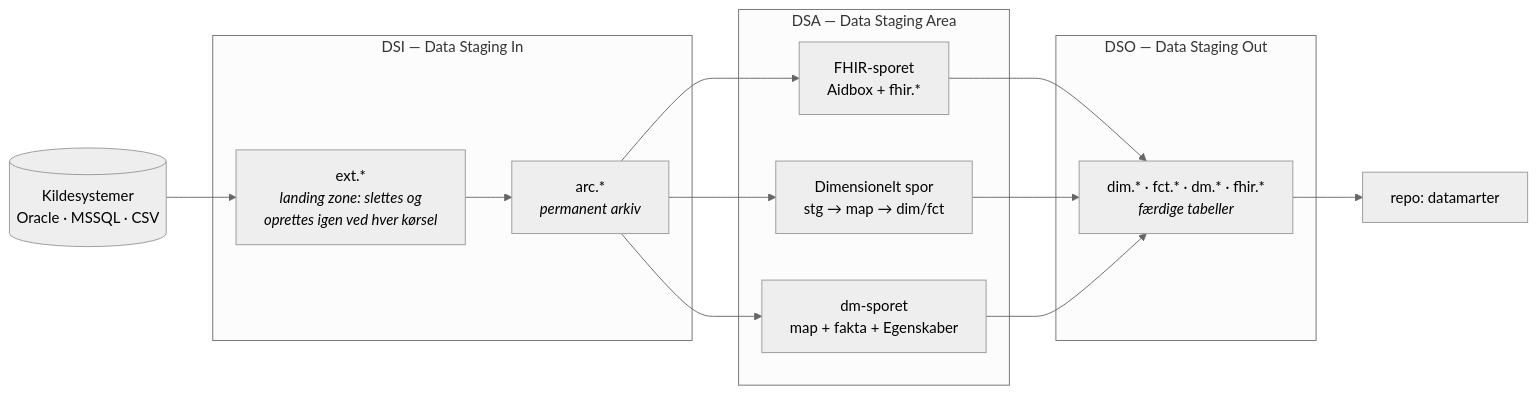
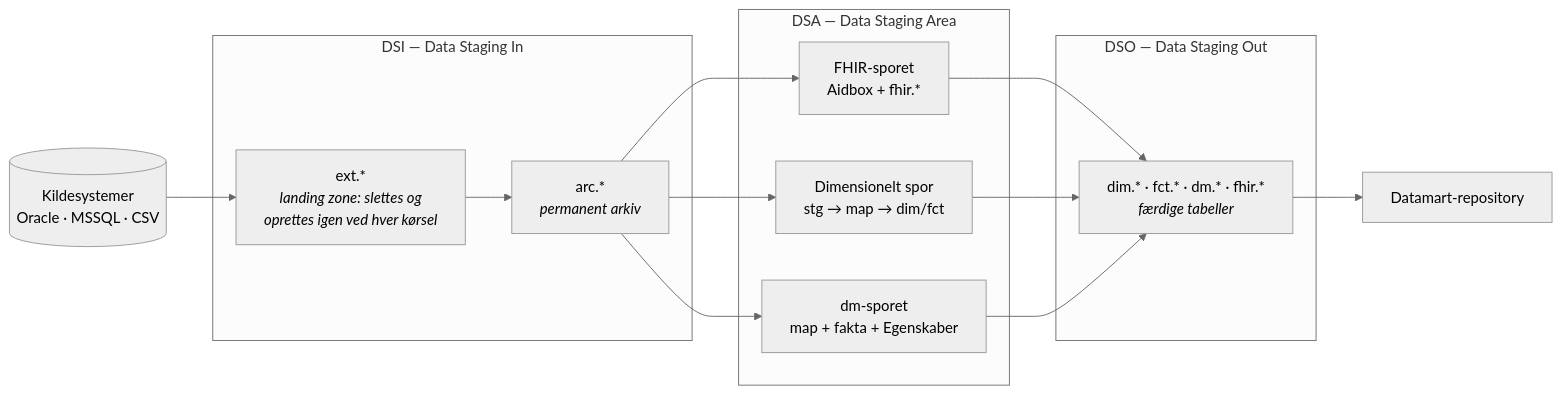
One commit to enversion-journl/healthpipe changed the diagram in etl/docs/basismodel/00_overblik.md. Above: the diagram before and after it, drawn with Mermaid (neutral theme). The commit also changed other lines of this file and 744 other files, not shown here.

````diff
--- a/etl/docs/basismodel/00_overblik.md
+++ b/etl/docs/basismodel/00_overblik.md
@@ -48,31 +48,31 @@
 ```mermaid
 flowchart LR
     K[("Kildesystemer<br/>Oracle · MSSQL · CSV")]
 
     subgraph DSI["DSI — Data Staging In"]
         EXT["ext.*<br/><i>landing zone: slettes og<br/>oprettes igen ved hver kørsel</i>"]
         ARC["arc.*<br/><i>permanent arkiv</i>"]
         EXT --> ARC
     end
 
     subgraph DSA["DSA — Data Staging Area"]
         F["FHIR-sporet<br/>Aidbox + fhir.*"]
         D["Dimensionelt spor<br/>stg → map → dim/fct"]
         M["dm-sporet<br/>map + fakta + Egenskaber"]
     end
 
     subgraph DSO["DSO — Data Staging Out"]
         T["dim.* · fct.* · dm.* · fhir.*<br/><i>færdige tabeller</i>"]
     end
 
-    DMR["repo: datamarter"]
+    DMR["Datamart-repository"]
 
     K --> EXT
     ARC --> F
     ARC --> D
     ARC --> M
     F --> T
     D --> T
     M --> T
     T --> DMR
 ```
````
